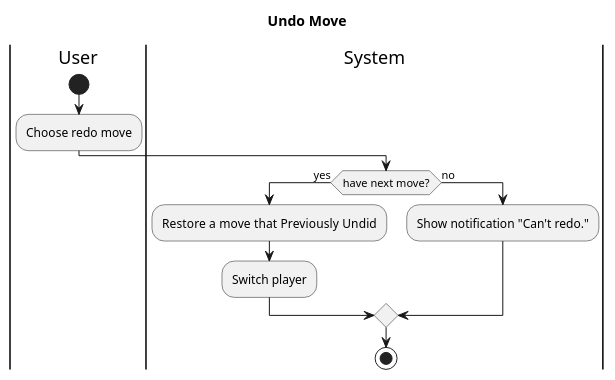
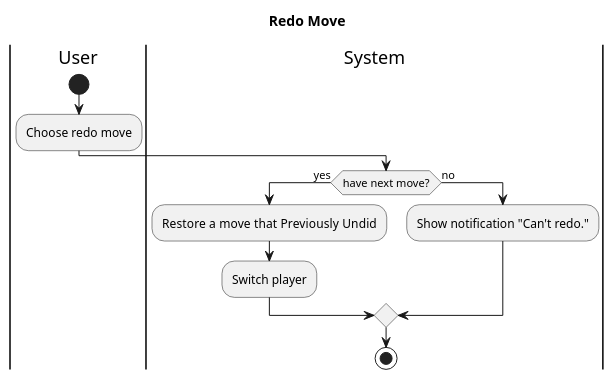
The diagram in activity/redo-move.puml (duyhq-zee1/chess-game), drawn with PlantUML before and after one commit. The commit also changed 2 other files, not shown here.

Commit message:
docs: move chess piece

```diff
--- a/activity/redo-move.puml
+++ b/activity/redo-move.puml
@@ -1,14 +1,14 @@
 @startuml "Activity diagram"
-title "Undo Move"
+title "Redo Move"
 |User|
 start
 :Choose redo move;
 |System|
 if (have next move?) then (yes)
     :Restore a move that  Previously Undid;
     :Switch player;
 else (no)
     :Show notification "Can't redo.";
 endif
 stop
 @enduml
```
